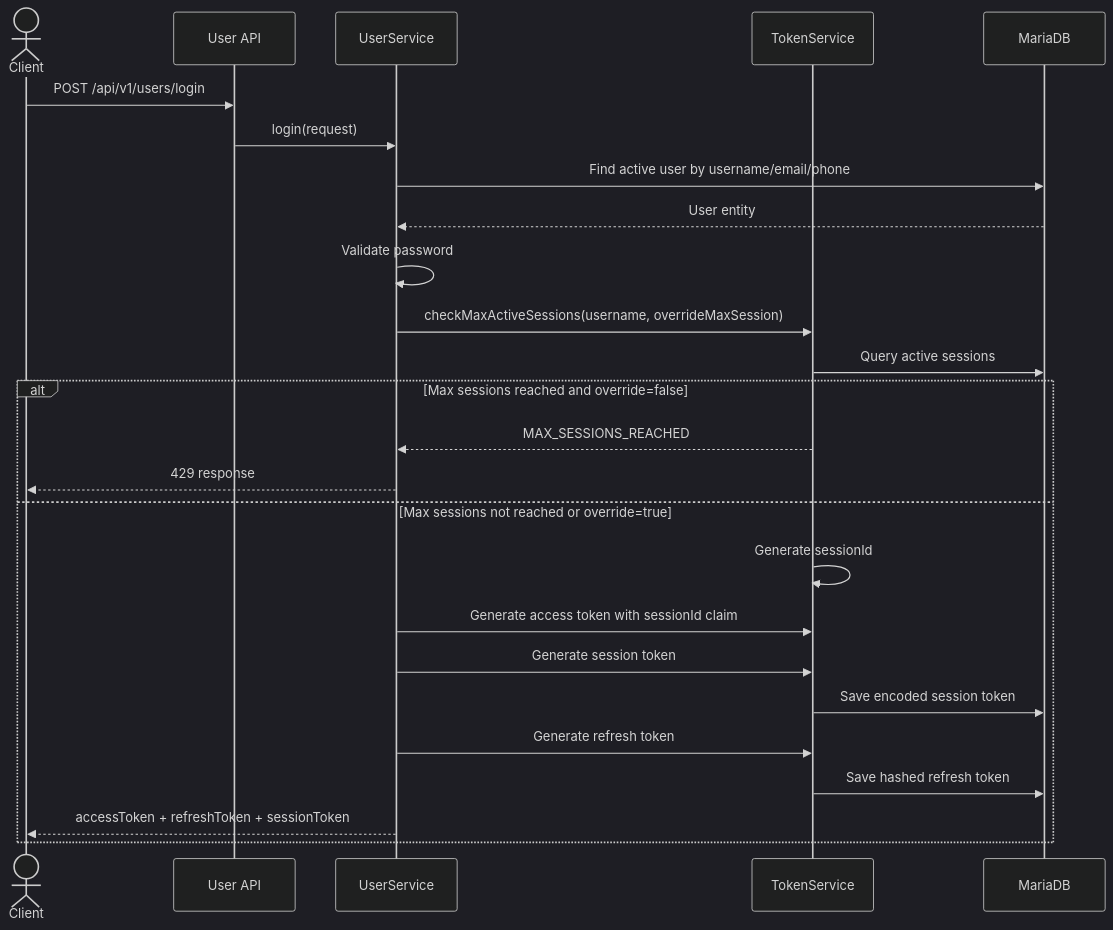
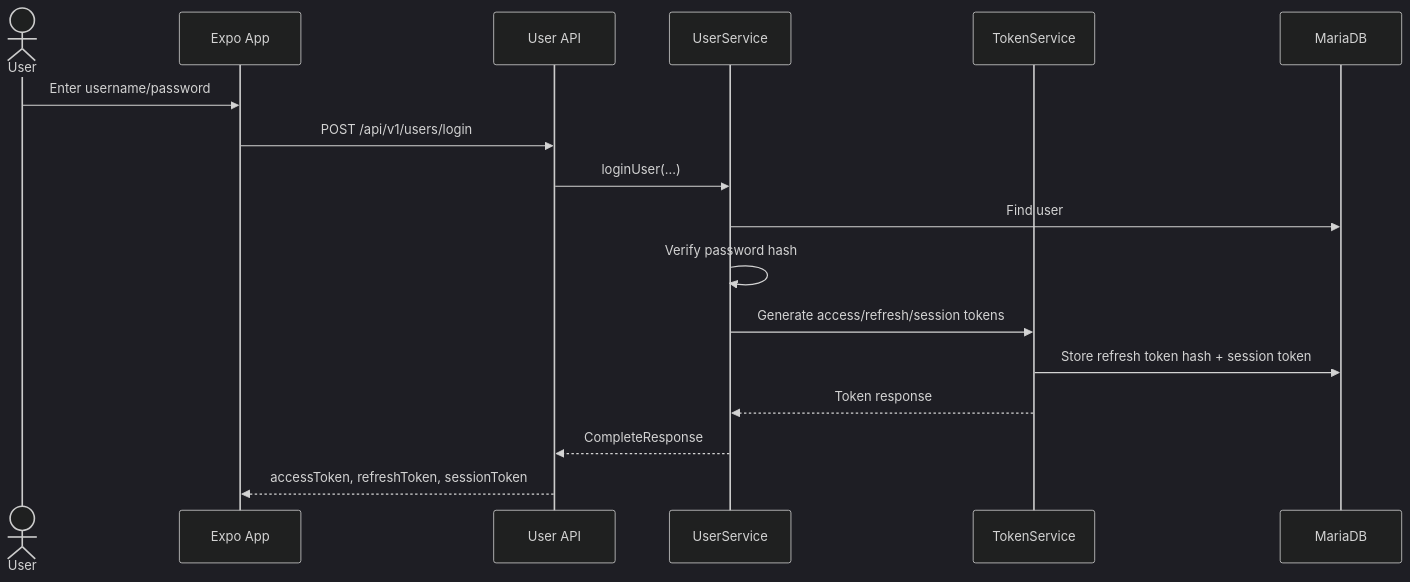
One commit to JustinBui22/wandermate-fullstack changed the first of 2 diagrams in backend/docs/AUTH_FLOW.md. Above: the diagram before and after it, drawn with Mermaid (dark theme). The commit also changed other lines of this file and 39 other files, not shown here.

````diff
--- a/backend/docs/AUTH_FLOW.md
+++ b/backend/docs/AUTH_FLOW.md
@@ -41,28 +31,20 @@
 ```mermaid
 sequenceDiagram
-    actor Client
-    participant UserAPI as User API
+    actor User
+    participant App as Expo App
+    participant API as User API
     participant UserService
     participant TokenService
     participant DB as MariaDB
 
-    Client->>UserAPI: POST /api/v1/users/login
-    UserAPI->>UserService: login(request)
-    UserService->>DB: Find active user by username/email/phone
-    DB-->>UserService: User entity
-    UserService->>UserService: Validate password
-    UserService->>TokenService: checkMaxActiveSessions(username, overrideMaxSession)
-    TokenService->>DB: Query active sessions
-    alt Max sessions reached and override=false
-        TokenService-->>UserService: MAX_SESSIONS_REACHED
-        UserService-->>Client: 429 response
-    else Max sessions not reached or override=true
-        TokenService->>TokenService: Generate sessionId
-        UserService->>TokenService: Generate access token with sessionId claim
-        UserService->>TokenService: Generate session token
-        TokenService->>DB: Save encoded session token
-        UserService->>TokenService: Generate refresh token
-        TokenService->>DB: Save hashed refresh token
-        UserService-->>Client: accessToken + refreshToken + sessionToken
-    end
+    User->>App: Enter username/password
+    App->>API: POST /api/v1/users/login
+    API->>UserService: loginUser(...)
+    UserService->>DB: Find user
+    UserService->>UserService: Verify password hash
+    UserService->>TokenService: Generate access/refresh/session tokens
+    TokenService->>DB: Store refresh token hash + session token
+    TokenService-->>UserService: Token response
+    UserService-->>API: CompleteResponse
+    API-->>App: accessToken, refreshToken, sessionToken
 ```
````
